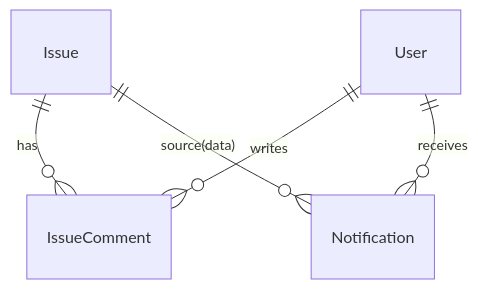
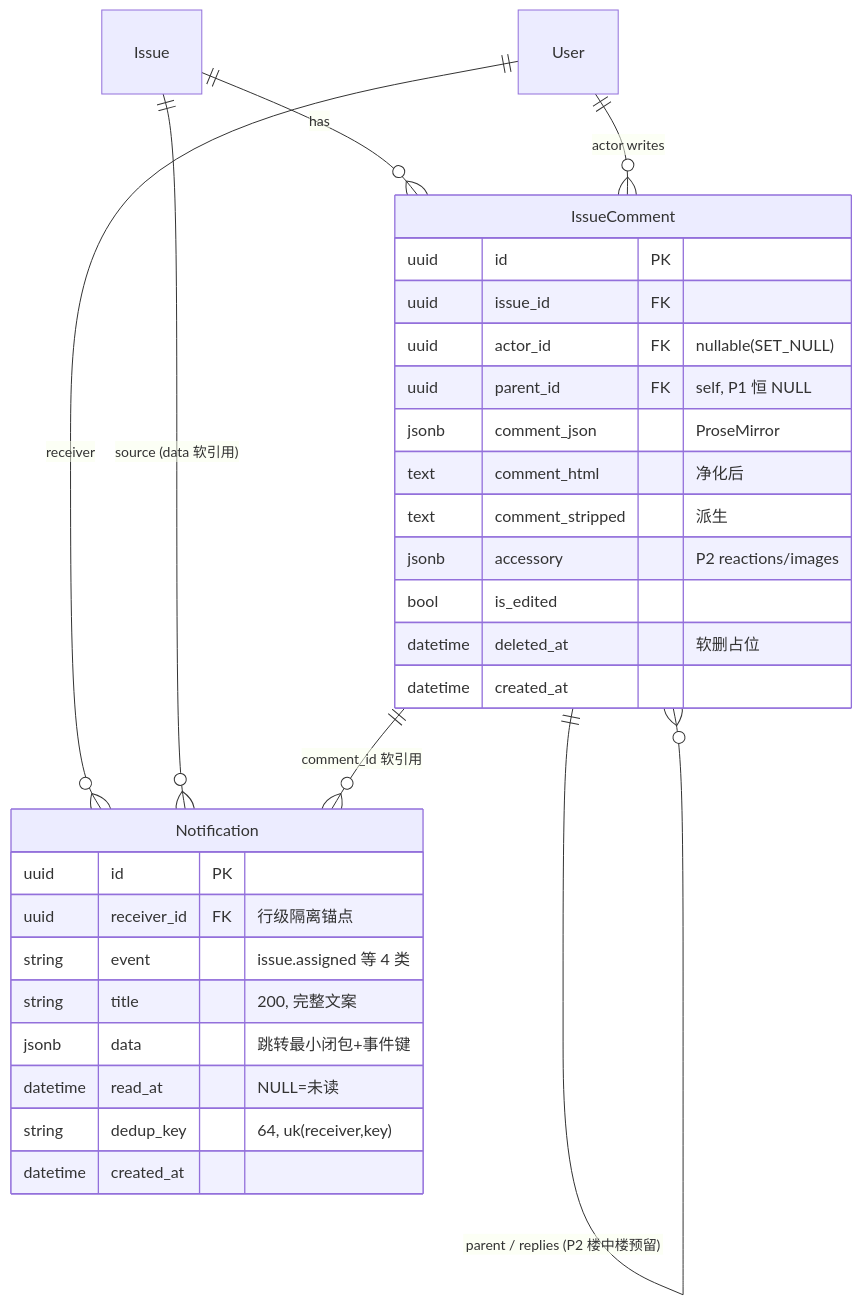
One commit to RabbitAI-Lab/RabbitProjects changed the fourth of 4 diagrams in docs/sprint-1-mvp/COLLAB-001-comment-notify.md. Above: the diagram before and after it, drawn with Mermaid. The commit also changed other lines of this file and 86 other files, not shown here.

````diff
--- a/docs/sprint-1-mvp/COLLAB-001-comment-notify.md
+++ b/docs/sprint-1-mvp/COLLAB-001-comment-notify.md
@@ -222,7 +505,34 @@
 ```mermaid
 erDiagram
     Issue ||--o{ IssueComment : has
-    User ||--o{ IssueComment : writes
-    User ||--o{ Notification : receives
-    Issue ||--o{ Notification : "source(data)"
+    User ||--o{ IssueComment : "actor writes"
+    IssueComment ||--o{ IssueComment : "parent / replies (P2 楼中楼预留)"
+    User ||--o{ Notification : "receiver"
+    Issue ||--o{ Notification : "source (data 软引用)"
+    IssueComment ||--o{ Notification : "comment_id 软引用"
+
+    IssueComment {
+        uuid id PK
+        uuid issue_id FK
+        uuid actor_id FK "nullable(SET_NULL)"
+        uuid parent_id FK "self, P1 恒 NULL"
+        jsonb comment_json "ProseMirror"
+        text comment_html "净化后"
+        text comment_stripped "派生"
+        jsonb accessory "P2 reactions/images"
+        bool is_edited
+        datetime deleted_at "软删占位"
+        datetime created_at
+    }
+
+    Notification {
+        uuid id PK
+        uuid receiver_id FK "行级隔离锚点"
+        string event "issue.assigned 等 4 类"
+        string title "200, 完整文案"
+        jsonb data "跳转最小闭包+事件键"
+        datetime read_at "NULL=未读"
+        string dedup_key "64, uk(receiver,key)"
+        datetime created_at
+    }
 ```
````
